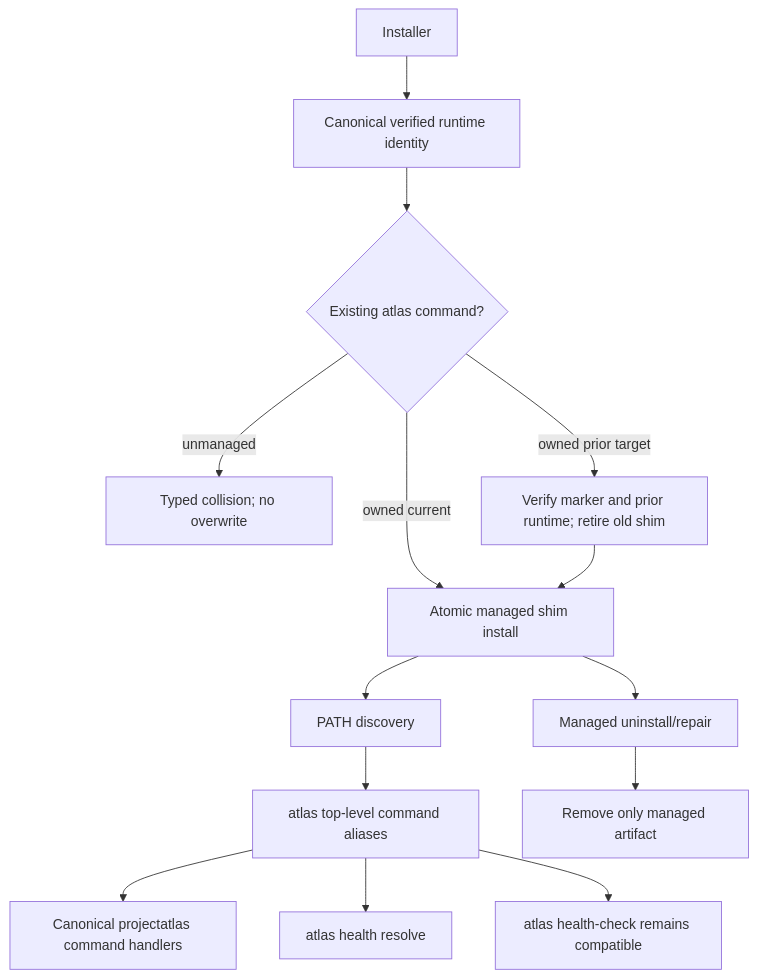
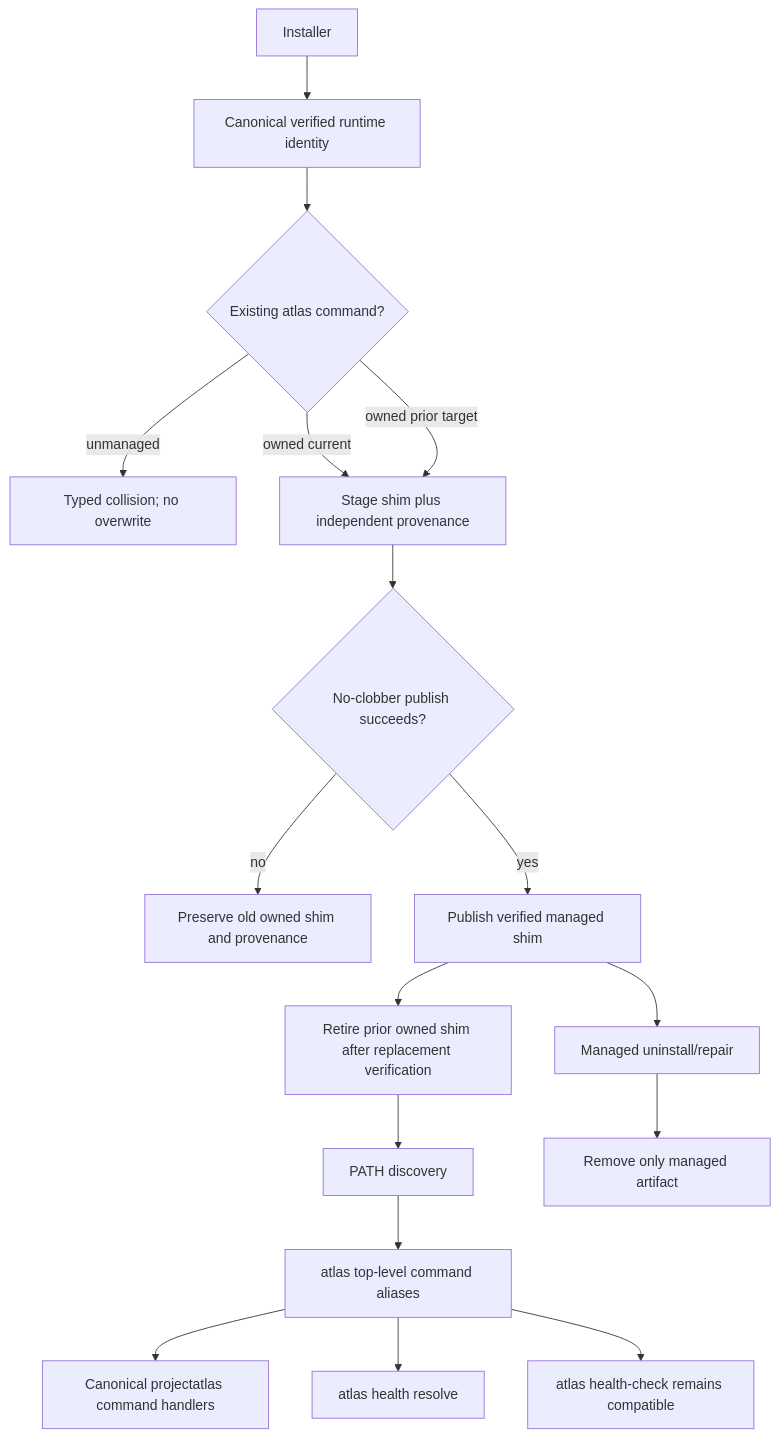
Diagram 27 of 28 in docs/v050-release-architecture.md (styler-ai/ProjectAtlas), drawn with Mermaid before and after one commit. The commit also changed 5 other files, not shown here.

````diff
--- a/docs/v050-release-architecture.md
+++ b/docs/v050-release-architecture.md
@@ -428,16 +428,19 @@
 ```mermaid
 flowchart TB
   installer[Installer] --> identity[Canonical verified runtime identity]
   identity --> collision{Existing atlas command?}
   collision -->|unmanaged| reject[Typed collision; no overwrite]
-  collision -->|owned current| shim[Atomic managed shim install]
-  collision -->|owned prior target| migrate[Verify marker and prior runtime; retire old shim]
-  migrate --> shim
-  shim --> discover[PATH discovery]
+  collision -->|owned current| stage[Stage shim plus independent provenance]
+  collision -->|owned prior target| stage
+  stage --> publish{No-clobber publish succeeds?}
+  publish -->|no| preserve[Preserve old owned shim and provenance]
+  publish -->|yes| shim[Publish verified managed shim]
+  shim --> migrate[Retire prior owned shim after replacement verification]
+  migrate --> discover[PATH discovery]
   discover --> aliases[atlas top-level command aliases]
   aliases --> canonical[Canonical projectatlas command handlers]
   aliases --> resolve[atlas health resolve]
   aliases --> legacy[atlas health-check remains compatible]
   shim --> uninstall[Managed uninstall/repair]
   uninstall --> clean[Remove only managed artifact]
 ```
````
